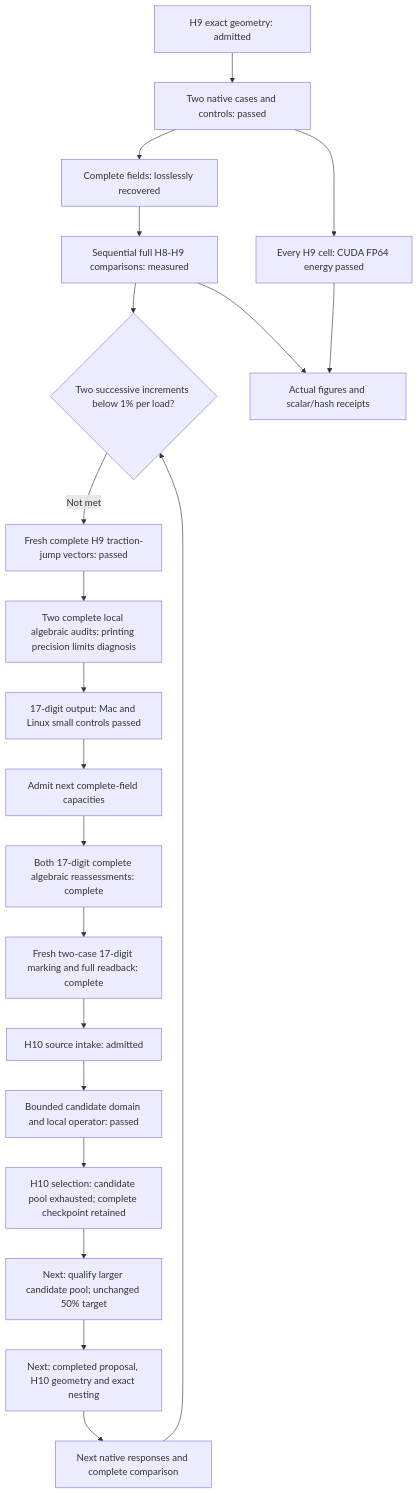
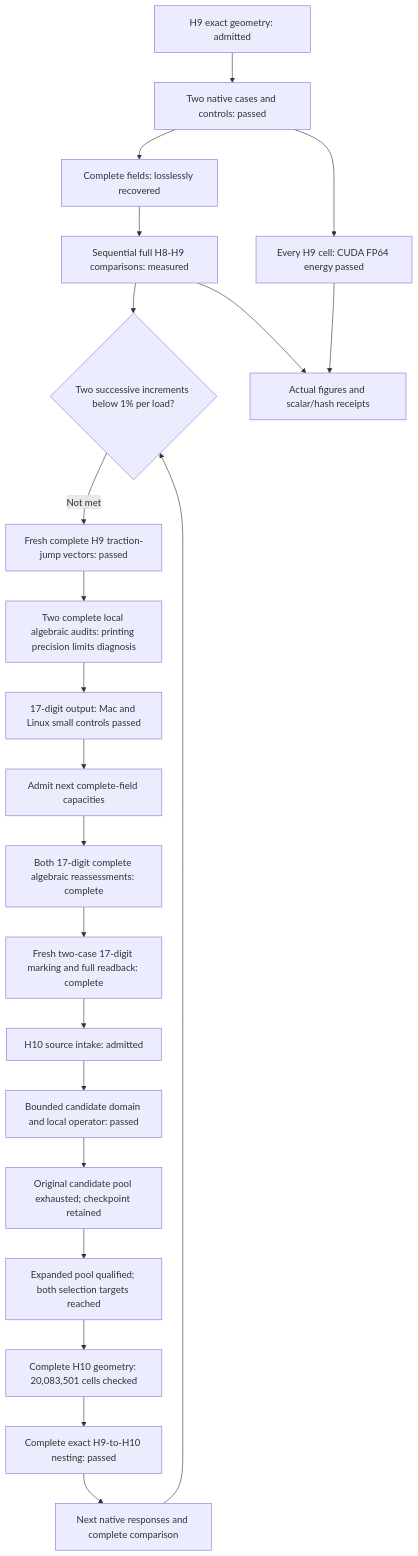
One commit to cluster2600/porscheparts changed the diagram in docs/reports/carrier-h9-native-results-20261107.md. Above: the diagram before and after it, drawn with Mermaid. The commit also changed other lines of this file and 9 other files, not shown here.

Commit message:
Record complete H10 geometry and recovered native support metadata

````diff
--- a/docs/reports/carrier-h9-native-results-20261107.md
+++ b/docs/reports/carrier-h9-native-results-20261107.md
@@ -555,23 +594,24 @@
 ```mermaid
 flowchart TD
     G["H9 exact geometry: admitted"] --> N["Two native cases and controls: passed"]
     N --> R["Complete fields: losslessly recovered"]
     N --> GPU["Every H9 cell: CUDA FP64 energy passed"]
     R --> C["Sequential full H8-H9 comparisons: measured"]
     C --> S{"Two successive increments below 1% per load?"}
     S -->|"Not met"| M["Fresh complete H9 traction-jump vectors: passed"]
     M --> LOCAL["Two complete local algebraic audits: printing precision limits diagnosis"]
     LOCAL --> PRECISION["17-digit output: Mac and Linux small controls passed"]
     PRECISION --> CAP["Admit next complete-field capacities"]
     CAP --> REPLAY["Both 17-digit complete algebraic reassessments: complete"]
     REPLAY --> MARK["Fresh two-case 17-digit marking and full readback: complete"]
     MARK --> INTAKE["H10 source intake: admitted"]
     INTAKE --> QUAL["Bounded candidate domain and local operator: passed"]
-    QUAL --> SELECT["H10 selection: candidate pool exhausted; complete checkpoint retained"]
-    SELECT --> DOMAIN["Next: qualify larger candidate pool; unchanged 50% target"]
-    DOMAIN --> V["Next: completed proposal, H10 geometry and exact nesting"]
-    V --> NEXT["Next native responses and complete comparison"]
+    QUAL --> SELECT["Original candidate pool exhausted; checkpoint retained"]
+    SELECT --> DOMAIN["Expanded pool qualified; both selection targets reached"]
+    DOMAIN --> V["Complete H10 geometry: 20,083,501 cells checked"]
+    V --> MAP["Complete exact H9-to-H10 nesting: passed"]
+    MAP --> NEXT["Next native responses and complete comparison"]
     NEXT --> S
     C --> FIG["Actual figures and scalar/hash receipts"]
     GPU --> FIG
 ```
````
